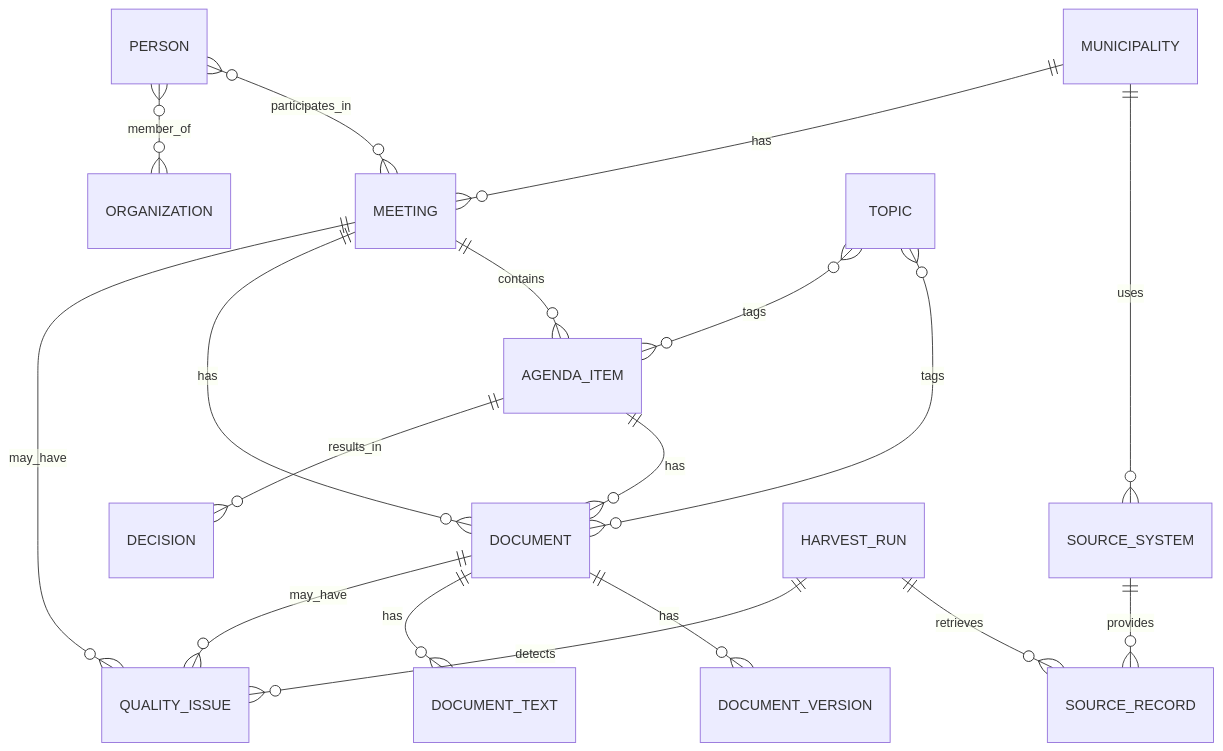
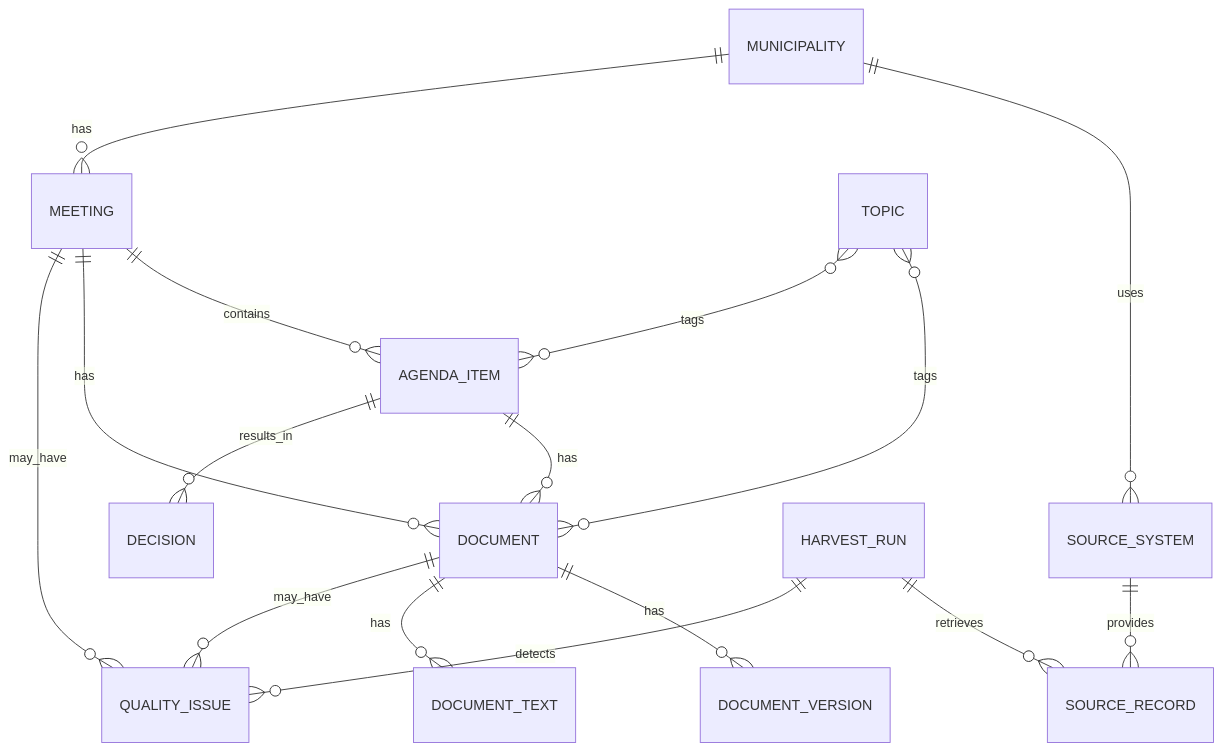
One commit to rubenwoudsma/open-ris-monitor changed the diagram in docs/data-model.md. Above: the diagram before and after it, drawn with Mermaid. The commit also changed other lines of this file and 5 other files, not shown here.

````diff
--- a/docs/data-model.md
+++ b/docs/data-model.md
@@ -32,20 +52,18 @@
 ```mermaid
 erDiagram
     MUNICIPALITY ||--o{ SOURCE_SYSTEM : uses
     SOURCE_SYSTEM ||--o{ SOURCE_RECORD : provides
     MUNICIPALITY ||--o{ MEETING : has
     MEETING ||--o{ AGENDA_ITEM : contains
     MEETING ||--o{ DOCUMENT : has
     AGENDA_ITEM ||--o{ DOCUMENT : has
     AGENDA_ITEM ||--o{ DECISION : results_in
     DOCUMENT ||--o{ DOCUMENT_VERSION : has
     DOCUMENT ||--o{ DOCUMENT_TEXT : has
     DOCUMENT ||--o{ QUALITY_ISSUE : may_have
     MEETING ||--o{ QUALITY_ISSUE : may_have
     HARVEST_RUN ||--o{ SOURCE_RECORD : retrieves
     HARVEST_RUN ||--o{ QUALITY_ISSUE : detects
-    PERSON }o--o{ MEETING : participates_in
-    PERSON }o--o{ ORGANIZATION : member_of
     TOPIC }o--o{ DOCUMENT : tags
     TOPIC }o--o{ AGENDA_ITEM : tags
 ```
````
